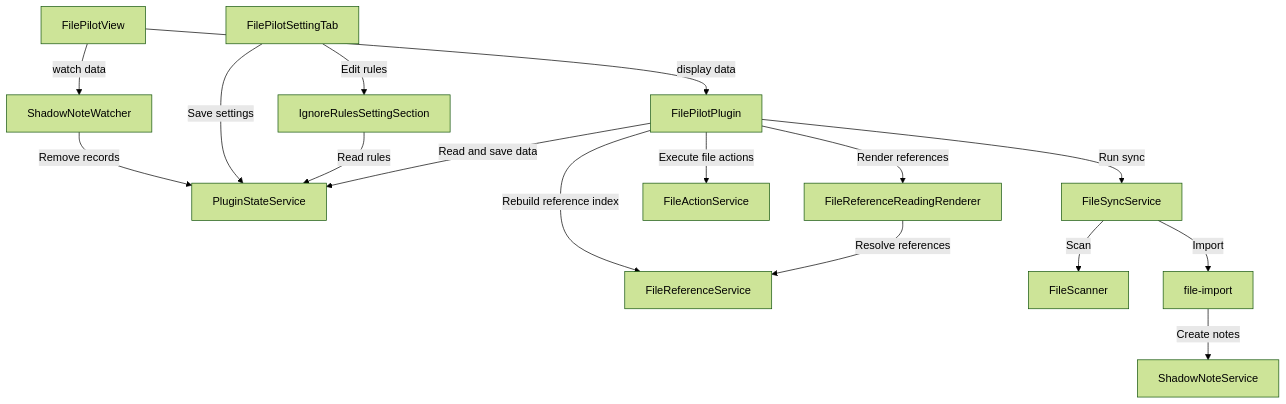
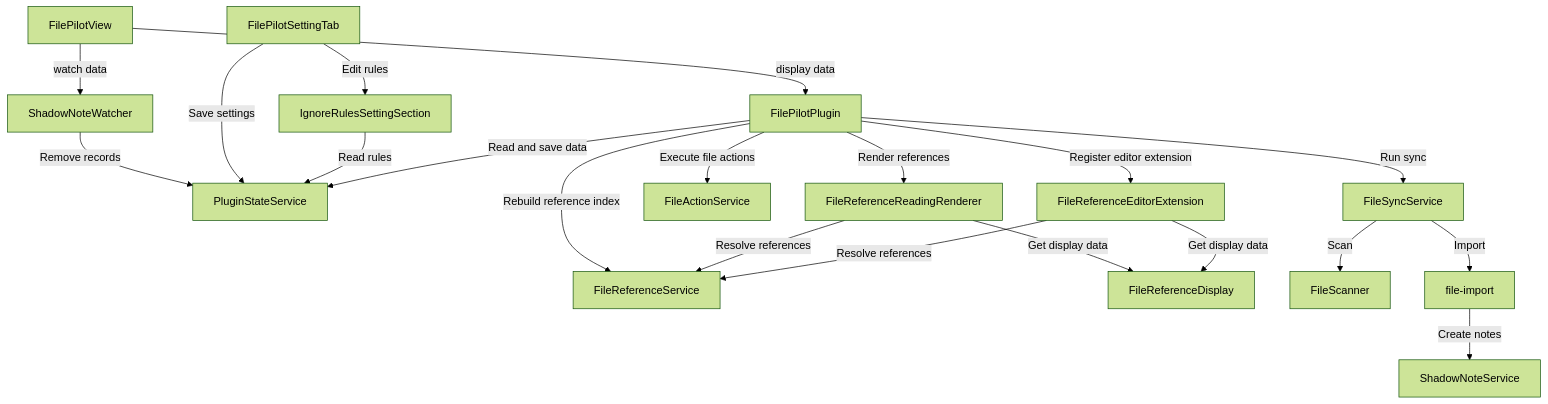
One commit to bdliangxy/file-pilot changed the diagram in docs/architecture.md. Above: the diagram before and after it, drawn with Mermaid (forest theme). The commit also changed 13 other files, not shown here.

````diff
--- a/docs/architecture.md
+++ b/docs/architecture.md
@@ -3,18 +3,22 @@
 ```mermaid
 flowchart TD
     View["FilePilotView"] -->|"display data"| Main["FilePilotPlugin"]
     View -->|"watch data"| Watcher["ShadowNoteWatcher"]
     Watcher -->|"Remove records"| State
     Settings["FilePilotSettingTab"] -->|"Save settings"| State["PluginStateService"]
     Settings -->|"Edit rules"| IgnoreSection["IgnoreRulesSettingSection"]
     IgnoreSection -->|"Read rules"| State
     Main -->|"Read and save data"| State
     Main -->|"Run sync"| Sync["FileSyncService"]
     Main -->|"Execute file actions"| Action["FileActionService"]
     Main -->|"Rebuild reference index"| Reference["FileReferenceService"]
     Main -->|"Render references"| ReadingRenderer["FileReferenceReadingRenderer"]
+    Main -->|"Register editor extension"| EditorExtension["FileReferenceEditorExtension"]
     ReadingRenderer -->|"Resolve references"| Reference
+    EditorExtension -->|"Resolve references"| Reference
+    ReadingRenderer -->|"Get display data"| ReferenceDisplay["FileReferenceDisplay"]
+    EditorExtension -->|"Get display data"| ReferenceDisplay
     Sync -->|"Scan"| Scanner["FileScanner"]
     Sync -->|"Import"| Import["file-import"]
     Import -->|"Create notes"| Shadow["ShadowNoteService"]
 ```
````
